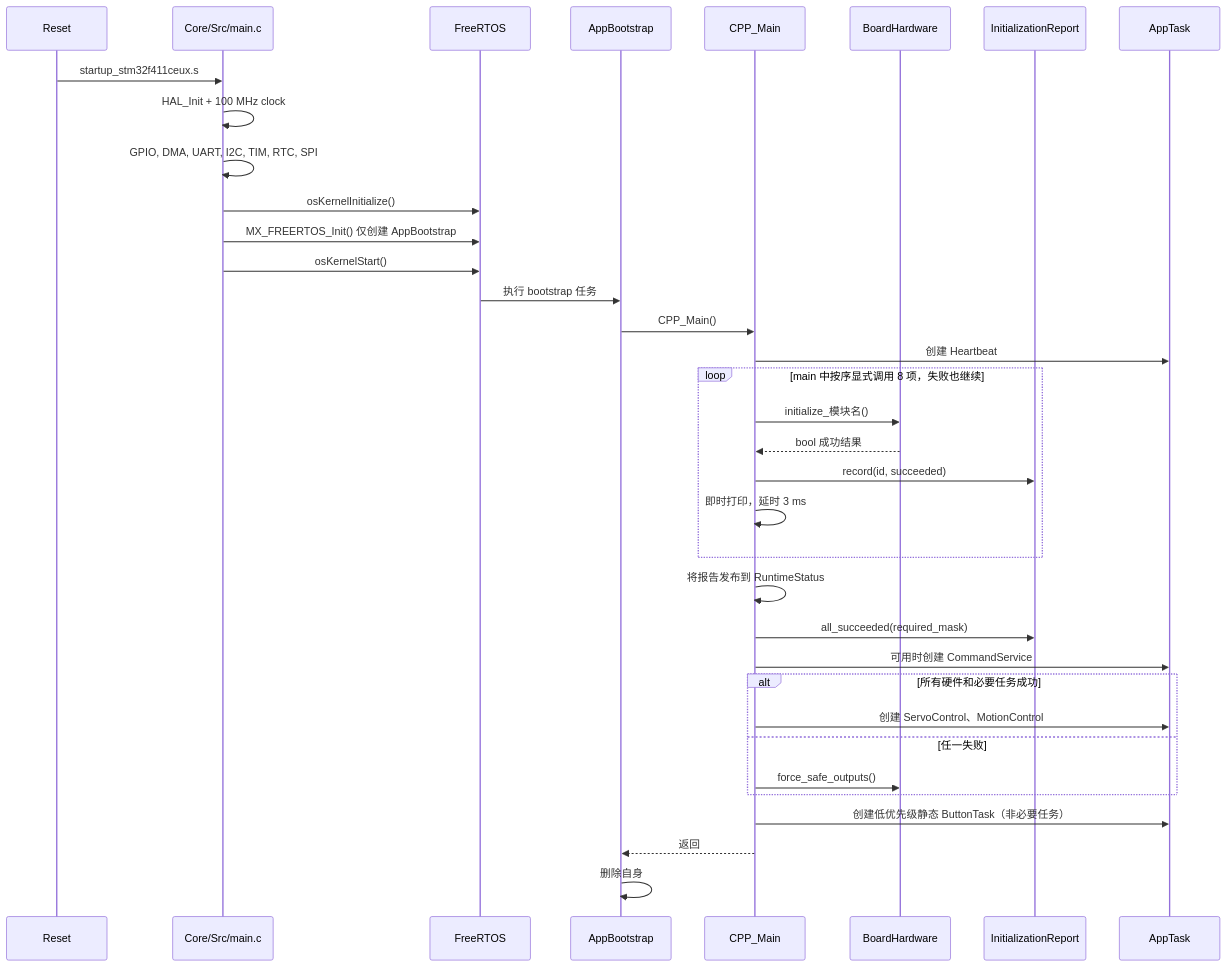
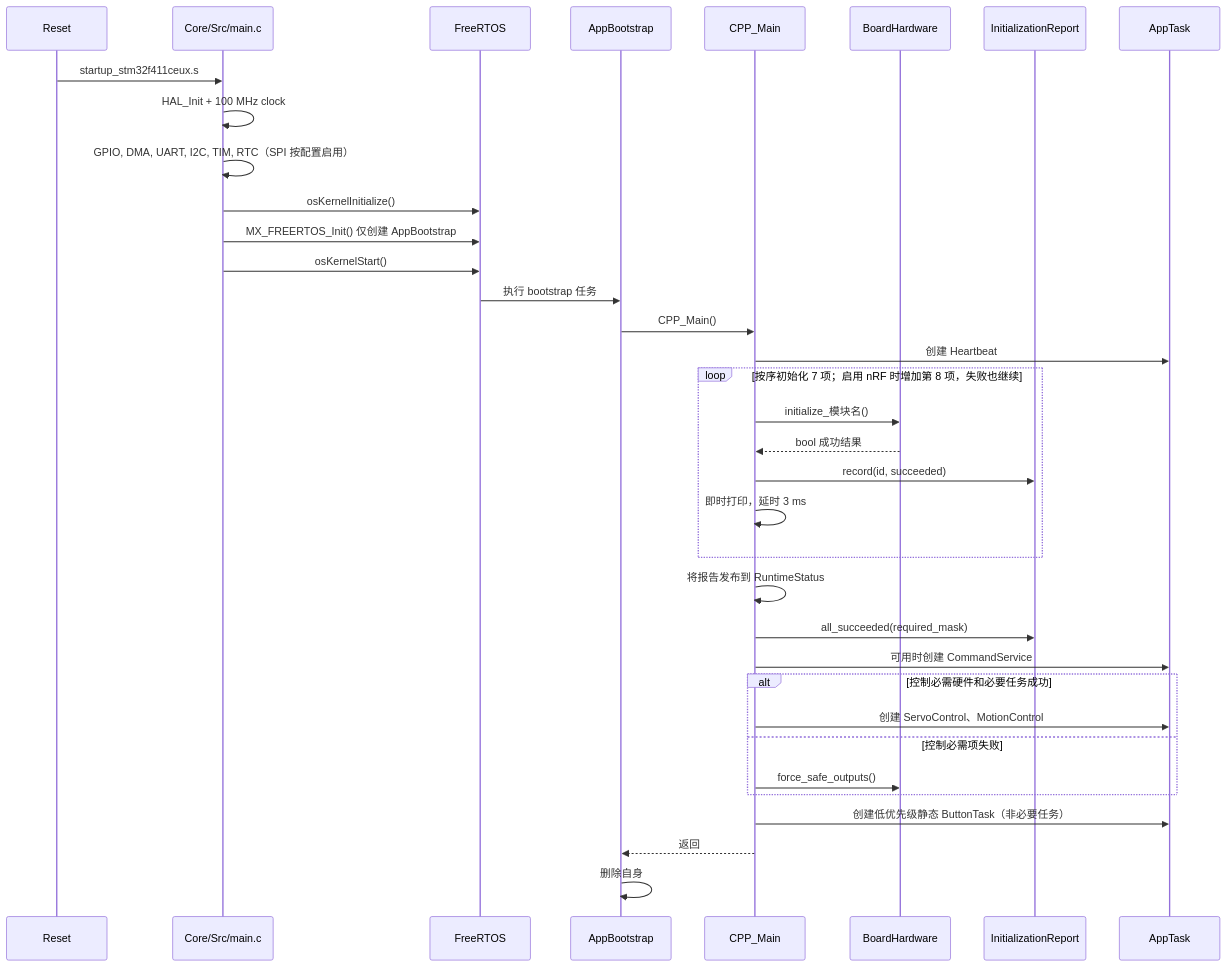
One commit to lk888l/wheeled-legged_Robot-WL1 changed the second of 3 diagrams in car_firmware/docs/architecture.md. Above: the diagram before and after it, drawn with Mermaid. The commit also changed other lines of this file and 42 other files, not shown here.

````diff
--- a/car_firmware/docs/architecture.md
+++ b/car_firmware/docs/architecture.md
@@ -45,38 +45,38 @@
 ```mermaid
 sequenceDiagram
     participant Reset as Reset
     participant C as Core/Src/main.c
     participant RTOS as FreeRTOS
     participant Boot as AppBootstrap
     participant Main as CPP_Main
     participant Board as BoardHardware
     participant Report as InitializationReport
     participant Tasks as AppTask
 
     Reset->>C: startup_stm32f411ceux.s
     C->>C: HAL_Init + 100 MHz clock
-    C->>C: GPIO, DMA, UART, I2C, TIM, RTC, SPI
+    C->>C: GPIO, DMA, UART, I2C, TIM, RTC（SPI 按配置启用）
     C->>RTOS: osKernelInitialize()
     C->>RTOS: MX_FREERTOS_Init() 仅创建 AppBootstrap
     C->>RTOS: osKernelStart()
     RTOS->>Boot: 执行 bootstrap 任务
     Boot->>Main: CPP_Main()
     Main->>Tasks: 创建 Heartbeat
-    loop main 中按序显式调用 8 项，失败也继续
+    loop 按序初始化 7 项；启用 nRF 时增加第 8 项，失败也继续
         Main->>Board: initialize_模块名()
         Board-->>Main: bool 成功结果
         Main->>Report: record(id, succeeded)
         Main->>Main: 即时打印，延时 3 ms
     end
     Main->>Main: 将报告发布到 RuntimeStatus
     Main->>Report: all_succeeded(required_mask)
     Main->>Tasks: 可用时创建 CommandService
-    alt 所有硬件和必要任务成功
+    alt 控制必需硬件和必要任务成功
         Main->>Tasks: 创建 ServoControl、MotionControl
-    else 任一失败
+    else 控制必需项失败
         Main->>Board: force_safe_outputs()
     end
     Main->>Tasks: 创建低优先级静态 ButtonTask（非必要任务）
     Main-->>Boot: 返回
     Boot->>Boot: 删除自身
 ```
````
